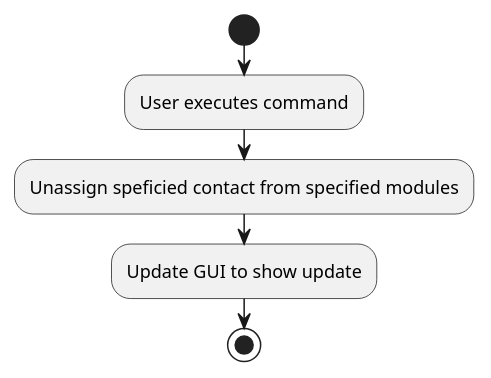
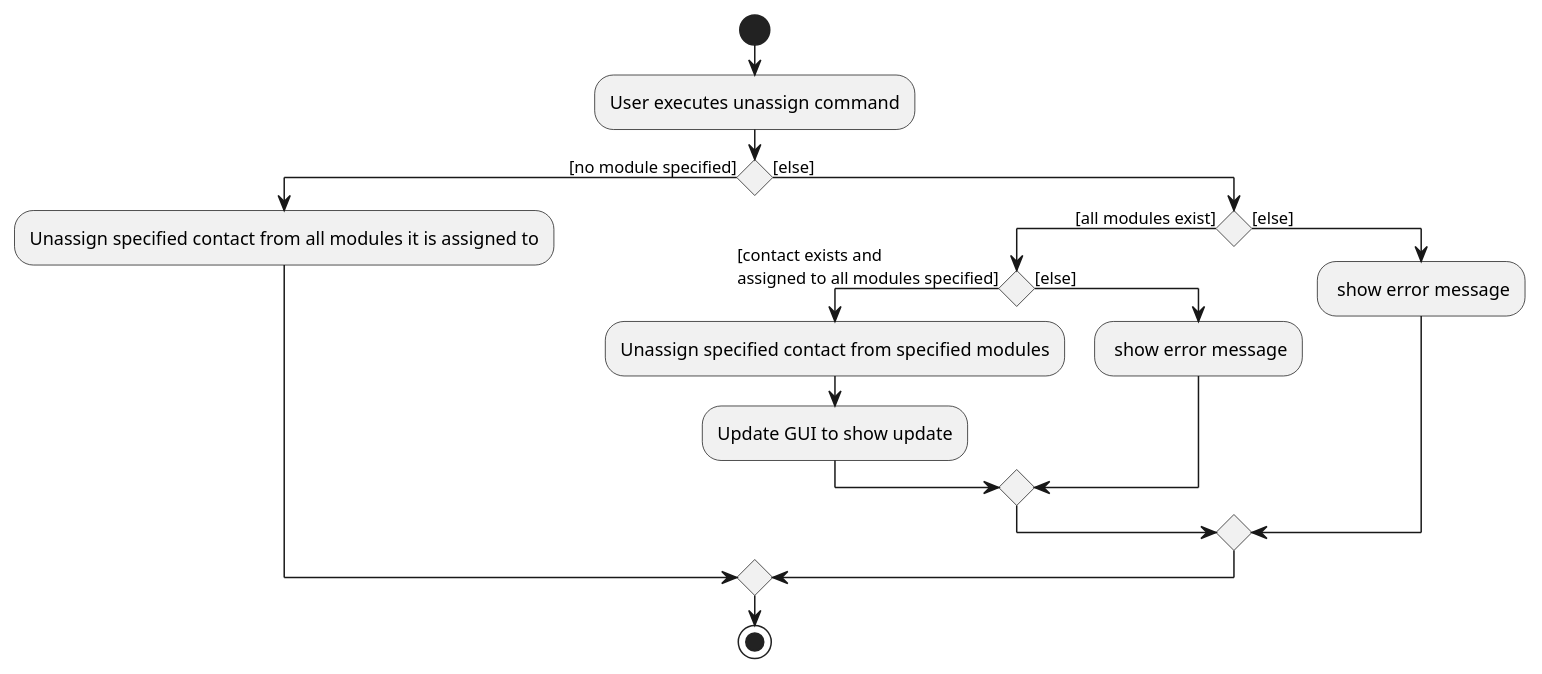
Before and after one commit to nus-cs2103-AY2021S1/tp: the diagram in docs/diagrams/UnassignActivityDiagram.puml, drawn with PlantUML. The commit also changed 3 other files, not shown here.

Commit message:
Add diagrams image

```diff
--- a/docs/diagrams/UnassignActivityDiagram.puml
+++ b/docs/diagrams/UnassignActivityDiagram.puml
@@ -1,7 +1,23 @@
 @startuml
 start
-:User executes command;
-:Unassign speficied contact from specified modules;
-:Update GUI to show update;
+:User executes unassign command;
+if() then ([no module specified])
+    :Unassign specified contact from all modules it is assigned to;
+else([else])
+    if () then ([all modules exist])
+        if () then ([contact exists and
+assigned to all modules specified])
+            :Unassign specified contact from specified modules;
+            :Update GUI to show update;
+
+        else([else])
+            : show error message;
+        endif
+
+
+    else ([else])
+        : show error message;
+    endif
+endif
 stop
 @enduml
```
